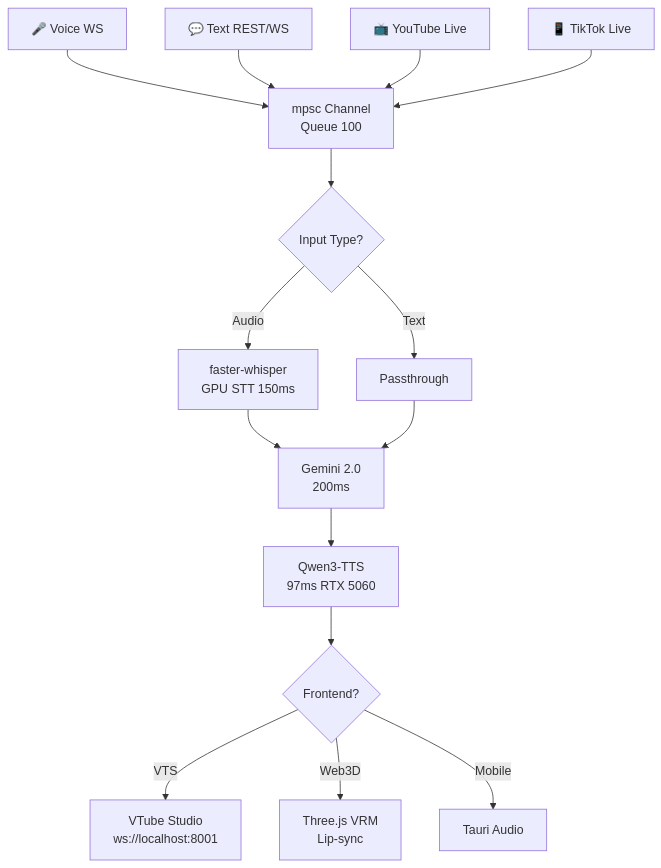
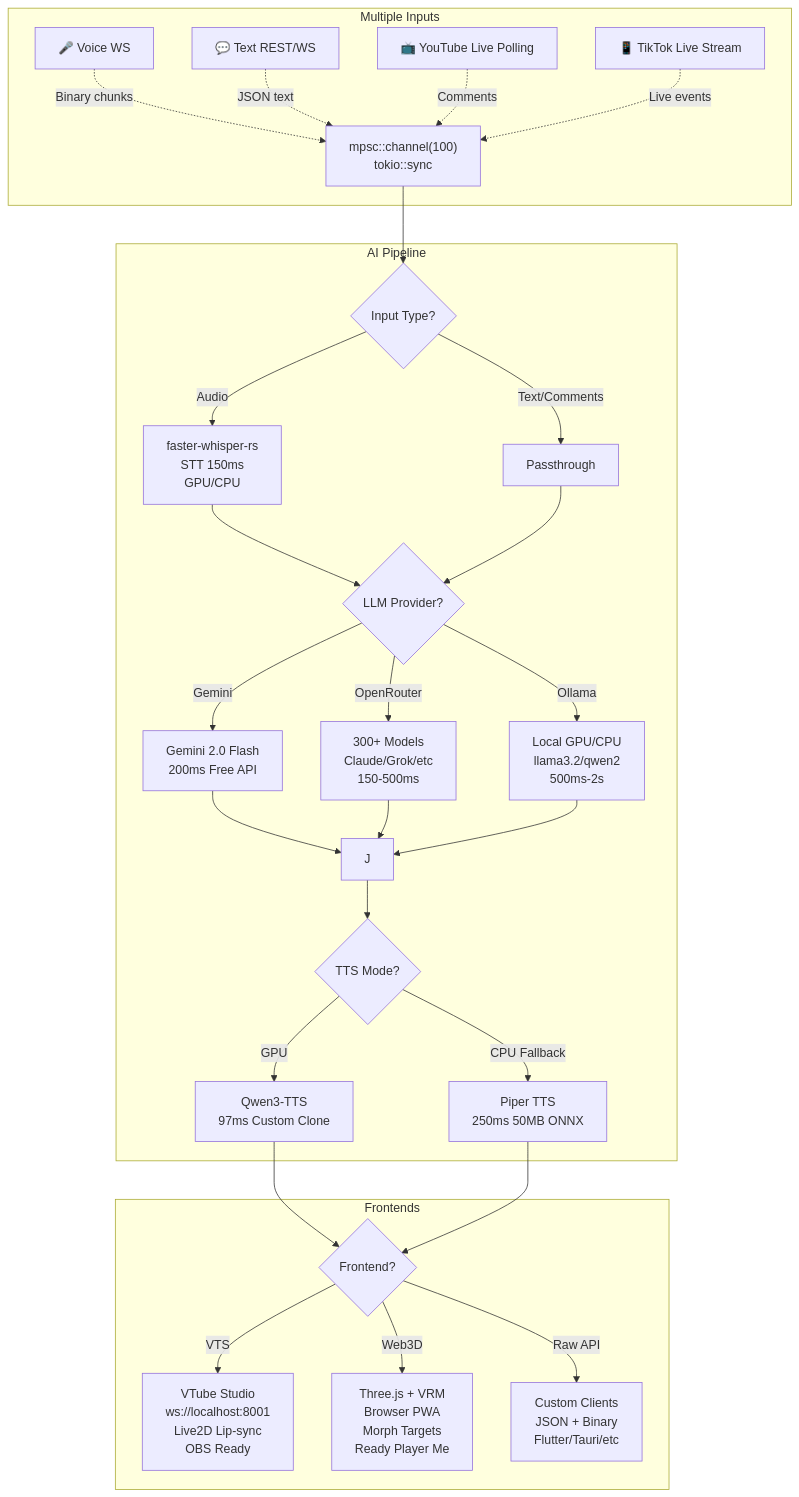
One commit to Jonathan0823/VoxaLive changed the diagram in README.md. Above: the diagram before and after it, drawn with Mermaid. The commit also changed other lines of this file, not shown here.

````diff
--- a/README.md
+++ b/README.md
@@ -48,20 +51,46 @@
 ```mermaid
 graph TB
-    A[🎤 Voice WS] --> E[mpsc Channel<br/>Queue 100]
-    B[💬 Text REST/WS] --> E
-    C[📺 YouTube Live] --> E
-    D[📱 TikTok Live] --> E
+    subgraph Inputs ["Multiple Inputs"]
+        A[🎤 Voice WS] 
+        B[💬 Text REST/WS]
+        C[📺 YouTube Live Polling]
+        D[📱 TikTok Live Stream]
+        A -.->|"Binary chunks"| E
+        B -.->|"JSON text"| E
+        C -.->|"Comments"| E
+        D -.->|"Live events"| E
+    end
     
-    E --> F{Input Type?}
-    F -->|Audio| G[faster-whisper<br/>GPU STT 150ms]
-    F -->|Text| H[Passthrough]
-    G --> I[Gemini 2.0<br/>200ms]
-    H --> I
+    E["mpsc::channel(100)<br/>tokio::sync"]
     
-    I --> J[Qwen3-TTS<br/>97ms RTX 5060]
+    subgraph Pipeline ["AI Pipeline"]
+        E --> F{Input Type?}
+        F -->|Audio| G["faster-whisper-rs<br/>STT 150ms<br/>GPU/CPU"]
+        F -->|Text/Comments| H[Passthrough]
+        G --> I{LLM Provider?}
+        H --> I
+        
+        I -->|Gemini| Ig["Gemini 2.0 Flash<br/>200ms Free API"]
+        I -->|OpenRouter| Io["300+ Models<br/>Claude/Grok/etc<br/>150-500ms"]
+        I -->|Ollama| Il["Local GPU/CPU<br/>llama3.2/qwen2<br/>500ms-2s"]
+        
+        Ig --> J
+        Io --> J
+        Il --> J
+        
+        J --> K{TTS Mode?}
+        K -->|GPU| Kg["Qwen3-TTS<br/>97ms Custom Clone"]
+        K -->|CPU Fallback| Kc["Piper TTS<br/>250ms 50MB ONNX"]
+    end
     
-    J --> K{Frontend?}
-    K -->|VTS| L[VTube Studio<br/>ws://localhost:8001]
-    K -->|Web3D| M[Three.js VRM<br/>Lip-sync]
-    K -->|Mobile| N[Tauri Audio]
+    Kg --> L
+    Kc --> L
+    
+    subgraph Frontends ["Frontends"]
+        L{Frontend?}
+        L -->|VTS| M["VTube Studio<br/>ws://localhost:8001<br/>Live2D Lip-sync<br/>OBS Ready"]
+        L -->|Web3D| N["Three.js + VRM<br/>Browser PWA<br/>Morph Targets<br/>Ready Player Me"]
+        L -->|Raw API| O["Custom Clients<br/>JSON + Binary<br/>Flutter/Tauri/etc"]
+    end
+
 ```
````
